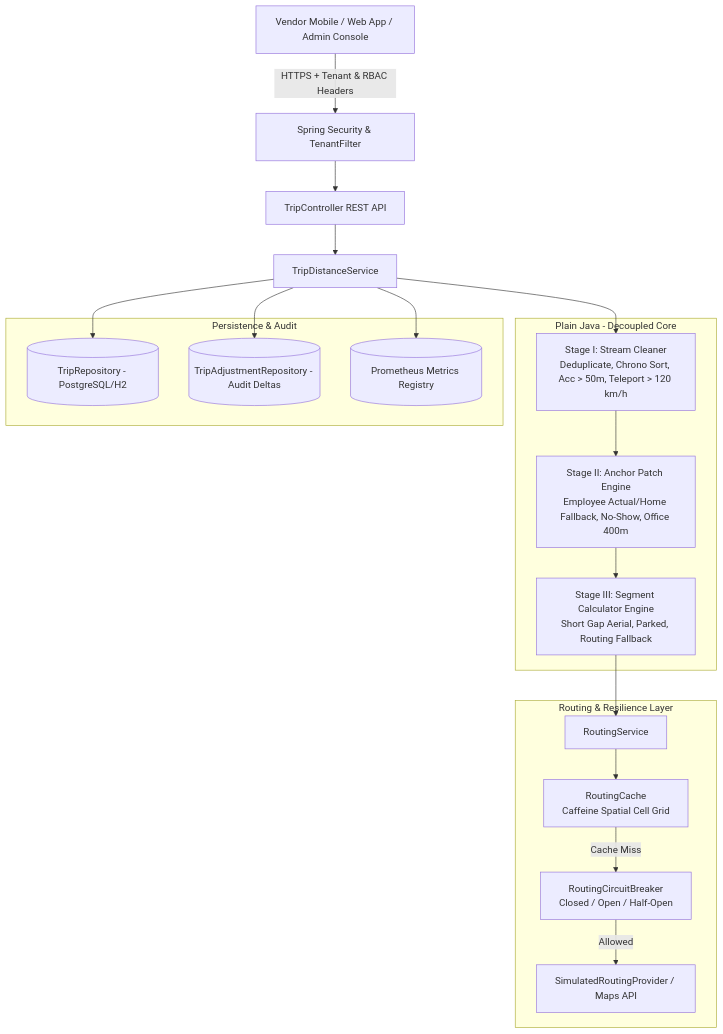
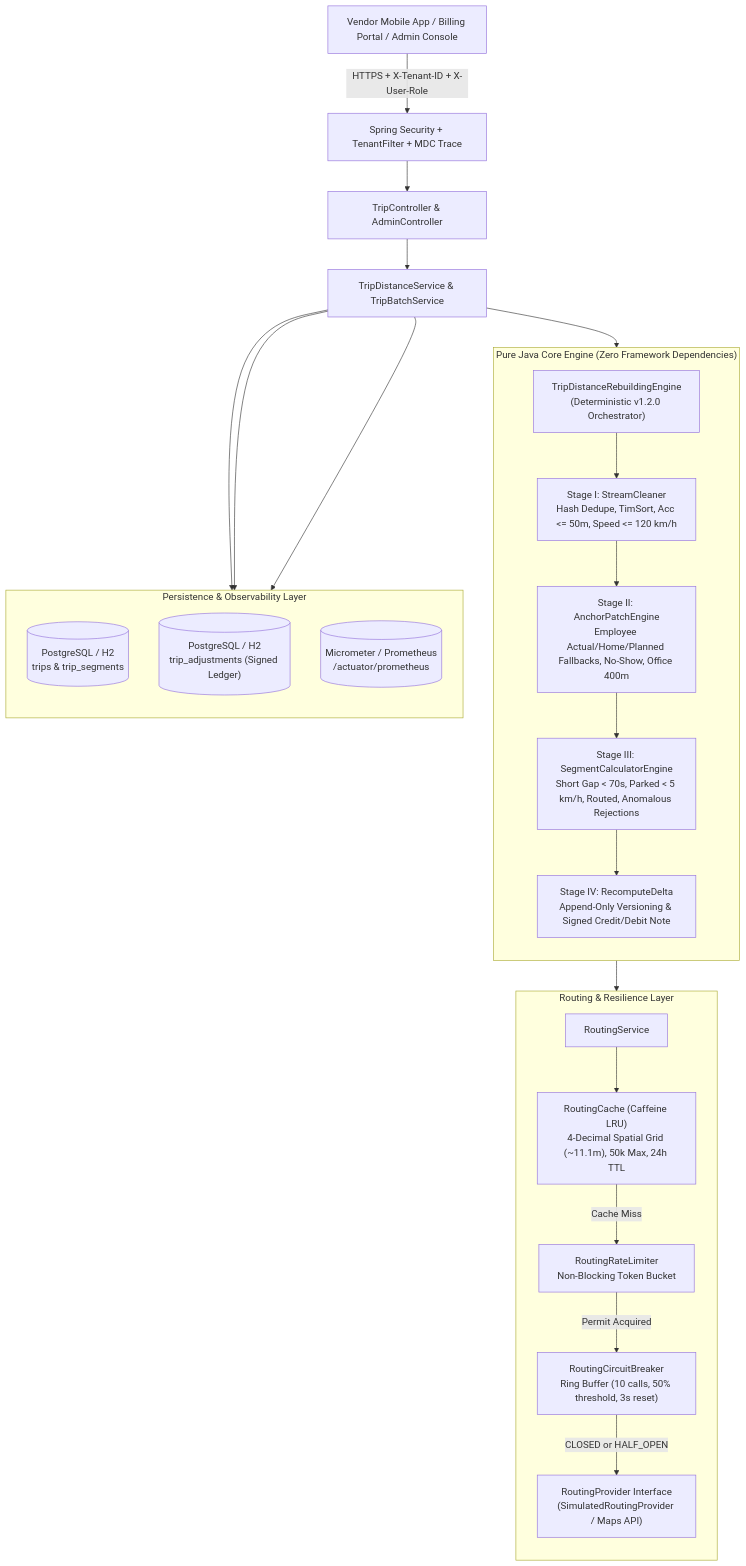
Before and after one commit to kamran-asif/GPS-Gap-Backfill-Billable-Distance-Reconstruction: the first of 7 diagrams in DESIGN.md, drawn with Mermaid. The commit also changed other lines of this file and 27 other files, not shown here.

Commit message:
feat: complete production-grade GPS distance rebuilding and billing engine with signed adjustments

````diff
--- a/DESIGN.md
+++ b/DESIGN.md
@@ -18,36 +42,44 @@
 ```mermaid
-graph TD
-    Client[Vendor Mobile / Web App / Admin Console] -->|HTTPS + Tenant & RBAC Headers| Gateway[Spring Security & TenantFilter]
-    Gateway --> TripController[TripController REST API]
-    TripController --> TripService[TripDistanceService]
-    
-    subgraph Core Engine [Plain Java - Decoupled Core]
-        StreamCleaner[Stage I: Stream Cleaner<br/>Deduplicate, Chrono Sort, Acc > 50m, Teleport > 120 km/h]
-        AnchorPatch[Stage II: Anchor Patch Engine<br/>Employee Actual/Home Fallback, No-Show, Office 400m]
-        SegmentCalc[Stage III: Segment Calculator Engine<br/>Short Gap Aerial, Parked, Routing Fallback]
+flowchart TD
+    Client["Vendor Mobile App / Billing Portal / Admin Console"] -->|HTTPS + X-Tenant-ID + X-User-Role| Gateway["Spring Security + TenantFilter + MDC Trace"]
+    Gateway --> TripCtrl["TripController & AdminController"]
+    TripCtrl --> TripSvc["TripDistanceService & TripBatchService"]
+
+    subgraph PureJavaCore ["Pure Java Core Engine (Zero Framework Dependencies)"]
+        direction TB
+        Orchestrator["TripDistanceRebuildingEngine<br/>(Deterministic v1.2.0 Orchestrator)"]
+        Stage1["Stage I: StreamCleaner<br/>Hash Dedupe, TimSort, Acc <= 50m, Speed <= 120 km/h"]
+        Stage2["Stage II: AnchorPatchEngine<br/>Employee Actual/Home/Planned Fallbacks, No-Show, Office 400m"]
+        Stage3["Stage III: SegmentCalculatorEngine<br/>Short Gap < 70s, Parked < 5 km/h, Routed, Anomalous Rejections"]
+        Stage4["Stage IV: RecomputeDelta<br/>Append-Only Versioning & Signed Credit/Debit Note"]
+
+        Orchestrator --> Stage1 --> Stage2 --> Stage3 --> Stage4
     end
 
-    subgraph Routing & Resilience Layer
-        RoutingService[RoutingService]
-        SpatialCache[RoutingCache<br/>Caffeine Spatial Cell Grid]
-        CircuitBreaker[RoutingCircuitBreaker<br/>Closed / Open / Half-Open]
-        Provider[SimulatedRoutingProvider / Maps API]
+    subgraph RoutingResilience ["Routing & Resilience Layer"]
+        direction TB
+        RoutingSvc["RoutingService"]
+        GridCache["RoutingCache (Caffeine LRU)<br/>4-Decimal Spatial Grid (~11.1m), 50k Max, 24h TTL"]
+        RateLimiter["RoutingRateLimiter<br/>Non-Blocking Token Bucket"]
+        CircuitBreaker["RoutingCircuitBreaker<br/>Ring Buffer (10 calls, 50% threshold, 3s reset)"]
+        Provider["RoutingProvider Interface<br/>(SimulatedRoutingProvider / Maps API)"]
+
+        RoutingSvc --> GridCache
+        GridCache -->|Cache Miss| RateLimiter
+        RateLimiter -->|Permit Acquired| CircuitBreaker
+        CircuitBreaker -->|CLOSED or HALF_OPEN| Provider
     end
 
-    subgraph Persistence & Audit
-        TripRepo[(TripRepository - PostgreSQL/H2)]
-        AdjustmentRepo[(TripAdjustmentRepository - Audit Deltas)]
-        Micrometer[(Prometheus Metrics Registry)]
+    subgraph PersistenceAndAudit ["Persistence & Observability Layer"]
+        direction TB
+        TripRepo[("PostgreSQL / H2<br/>trips & trip_segments")]
+        AdjRepo[("PostgreSQL / H2<br/>trip_adjustments (Signed Ledger)")]
+        Prom[("Micrometer / Prometheus<br/>/actuator/prometheus")]
     end
 
-    TripService --> StreamCleaner
-    StreamCleaner --> AnchorPatch
-    AnchorPatch --> SegmentCalc
-    SegmentCalc --> RoutingService
-    RoutingService --> SpatialCache
-    SpatialCache -->|Cache Miss| CircuitBreaker
-    CircuitBreaker -->|Allowed| Provider
-    TripService --> TripRepo
-    TripService --> AdjustmentRepo
-    TripService --> Micrometer
+    TripSvc --> Orchestrator
+    Stage3 --> RoutingSvc
+    TripSvc --> TripRepo
+    TripSvc --> AdjRepo
+    TripSvc --> Prom
 ```
````
